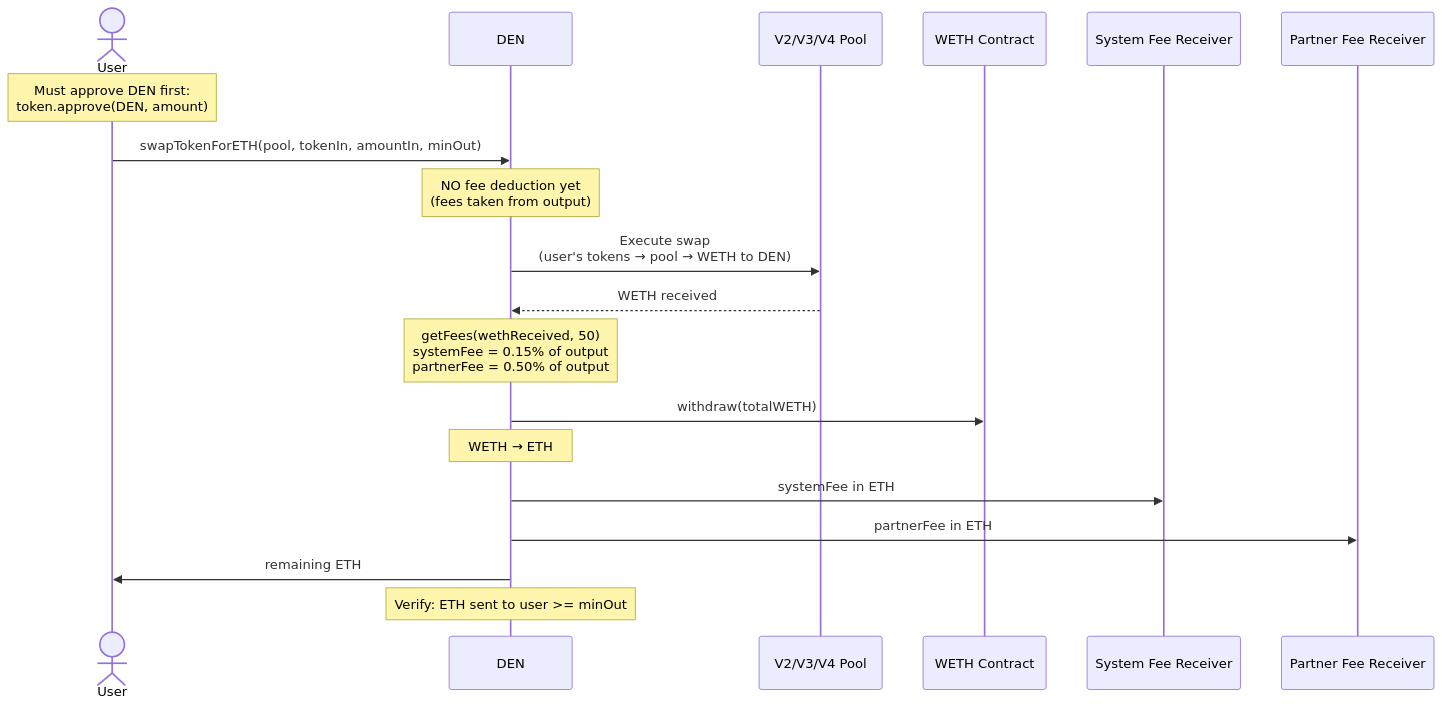
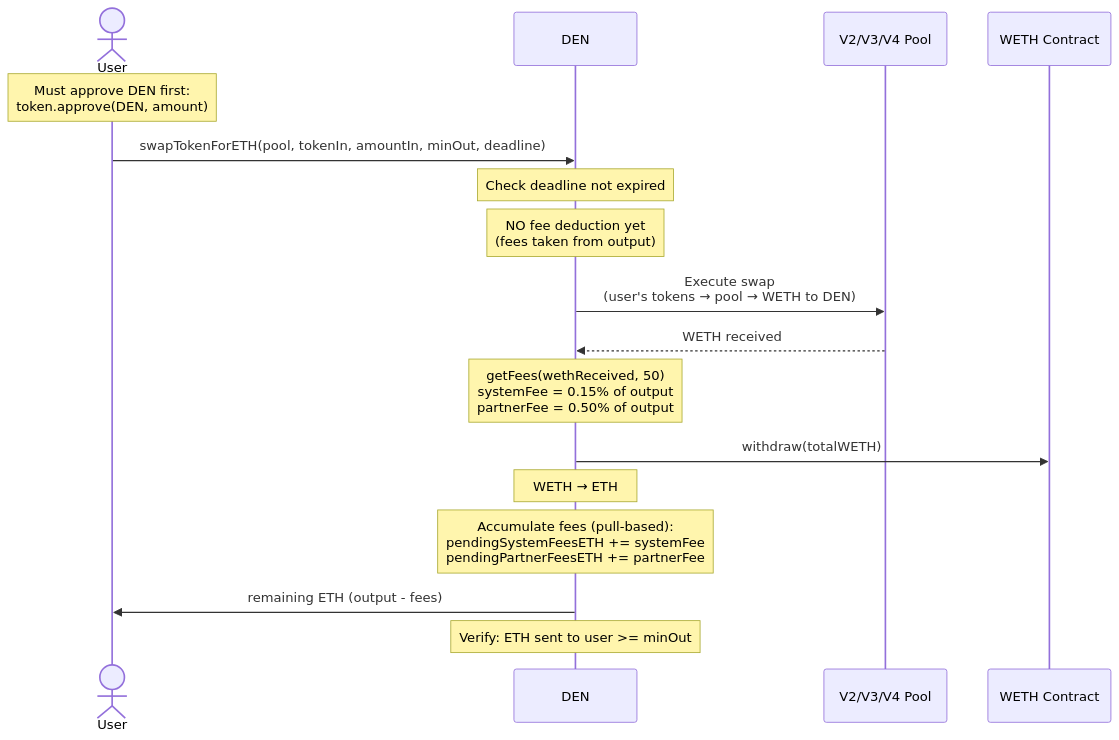
Before and after one commit to davidwyly/DEN: the sixth of 13 diagrams in docs/SWAP_FLOW_DIAGRAMS.md, drawn with Mermaid. The commit also changed other lines of this file and 6 other files, not shown here.

````diff
--- a/docs/SWAP_FLOW_DIAGRAMS.md
+++ b/docs/SWAP_FLOW_DIAGRAMS.md
@@ -185,29 +183,28 @@
 ```mermaid
 sequenceDiagram
     actor User
     participant DEN
     participant Pool as V2/V3/V4 Pool
     participant WETH as WETH Contract
-    participant SYS as System Fee Receiver
-    participant PART as Partner Fee Receiver
 
     Note over User: Must approve DEN first:<br/>token.approve(DEN, amount)
 
-    User->>DEN: swapTokenForETH(pool, tokenIn, amountIn, minOut)
+    User->>DEN: swapTokenForETH(pool, tokenIn, amountIn, minOut, deadline)
 
+    Note over DEN: Check deadline not expired
     Note over DEN: NO fee deduction yet<br/>(fees taken from output)
 
     DEN->>Pool: Execute swap<br/>(user's tokens → pool → WETH to DEN)
     Pool-->>DEN: WETH received
 
     Note over DEN: getFees(wethReceived, 50)<br/>systemFee = 0.15% of output<br/>partnerFee = 0.50% of output
 
     DEN->>WETH: withdraw(totalWETH)
     Note over DEN: WETH → ETH
 
-    DEN->>SYS: systemFee in ETH
-    DEN->>PART: partnerFee in ETH
-    DEN->>User: remaining ETH
+    Note over DEN: Accumulate fees (pull-based):<br/>pendingSystemFeesETH += systemFee<br/>pendingPartnerFeesETH += partnerFee
+
+    DEN->>User: remaining ETH (output - fees)
 
     Note over DEN: Verify: ETH sent to user >= minOut
 ```
````
